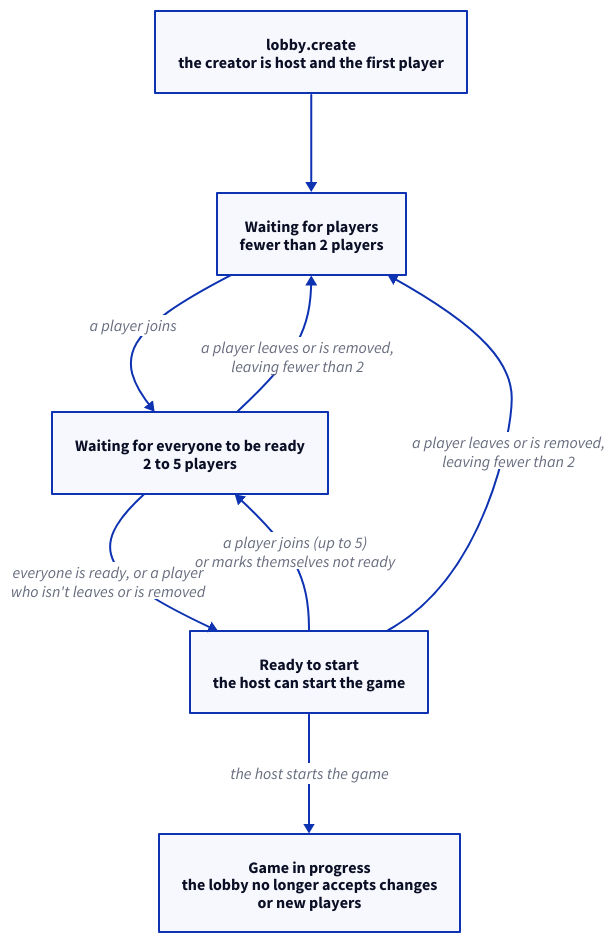
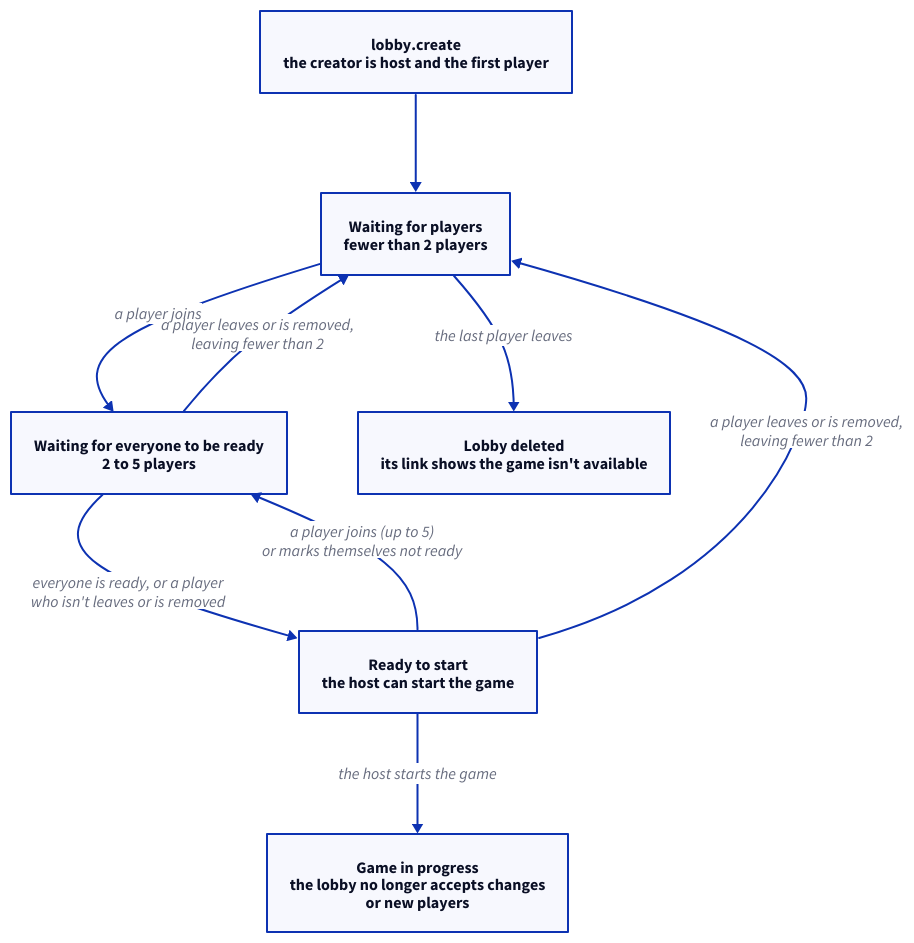
Before and after one commit to alastair-smith/card-games: the diagram in apps/docs/diagrams/flows/lobby.d2, drawn with D2. The commit also changed 8 other files, not shown here.

First line of the commit message:
🐛 Pass host on when the host leaves the lobby (#409)

```diff
--- a/apps/docs/diagrams/flows/lobby.d2
+++ b/apps/docs/diagrams/flows/lobby.d2
@@ -1,19 +1,21 @@
 direction: down
 
 create: "lobby.create\nthe creator is host and the first player"
 
 waiting-for-players: "Waiting for players\nfewer than 2 players"
 waiting-for-ready: "Waiting for everyone to be ready\n2 to 5 players"
 ready: "Ready to start\nthe host can start the game"
 in-progress: "Game in progress\nthe lobby no longer accepts changes\nor new players"
+deleted: "Lobby deleted\nits link shows the game isn't available"
 
 create -> waiting-for-players
 waiting-for-players -> waiting-for-ready: "a player joins"
 waiting-for-ready -> ready: "everyone is ready, or a player\nwho isn't leaves or is removed"
 ready -> in-progress: "the host starts the game"
+waiting-for-players -> deleted: "the last player leaves"
 
 # Steps back are written from the earlier stage, so the layout keeps the
 # stages in order from top to bottom
 waiting-for-ready <- ready: "a player joins (up to 5)\nor marks themselves not ready"
 waiting-for-players <- waiting-for-ready: "a player leaves or is removed,\nleaving fewer than 2"
 waiting-for-players <- ready: "a player leaves or is removed,\nleaving fewer than 2"
```
